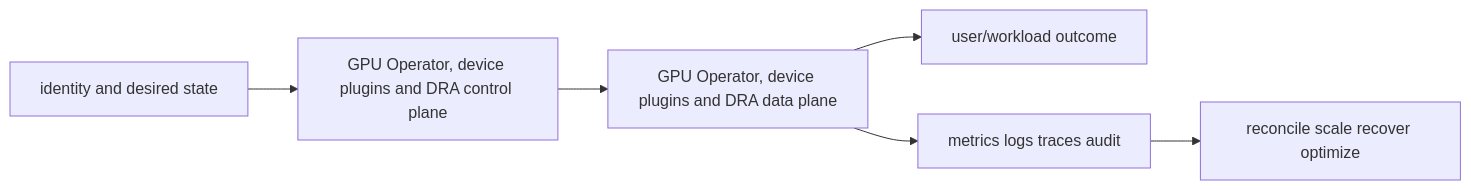
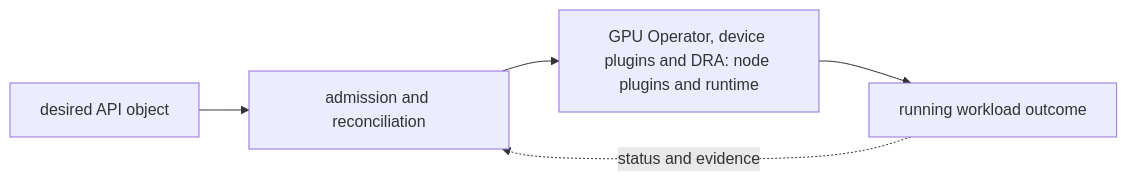
The diagram in 06-kubernetes/09-gpu-llmops/01-gpu-operator-dra/README.md (tomkidumbuyo/DevOps-interview-preparation), drawn with Mermaid before and after one commit. The commit also changed other lines of this file and 753 other files, not shown here.

````diff
--- a/06-kubernetes/09-gpu-llmops/01-gpu-operator-dra/README.md
+++ b/06-kubernetes/09-gpu-llmops/01-gpu-operator-dra/README.md
@@ -19,8 +31,7 @@
 ```mermaid
 flowchart LR
-  I[identity and desired state] --> C[GPU Operator, device plugins and DRA control plane]
-  C --> D[GPU Operator, device plugins and DRA data plane]
-  D --> U[user/workload outcome]
-  D --> O[metrics logs traces audit]
-  O --> R[reconcile scale recover optimize]
+  A["desired API object"] --> B["admission and reconciliation"]
+  B --> C["GPU Operator, device plugins and DRA: node plugins and runtime"]
+  C --> D["running workload outcome"]
+  D -. "status and evidence" .-> B
 ```
````
